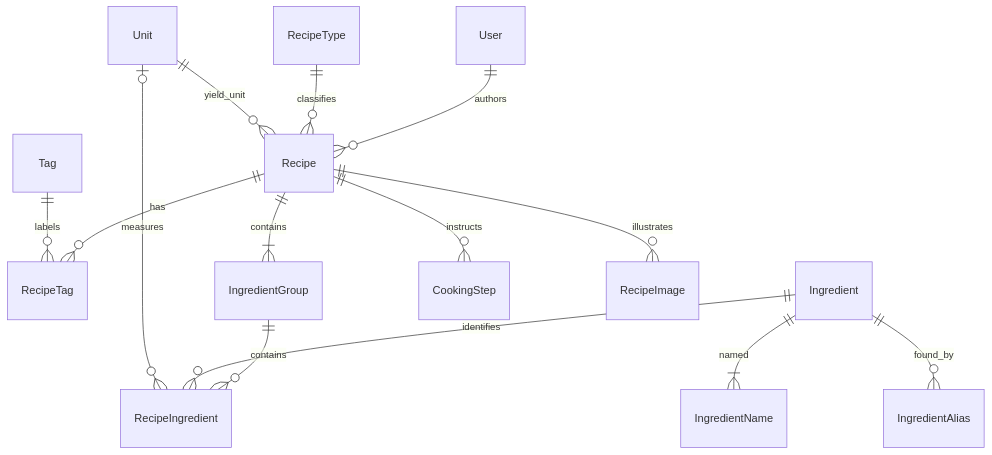
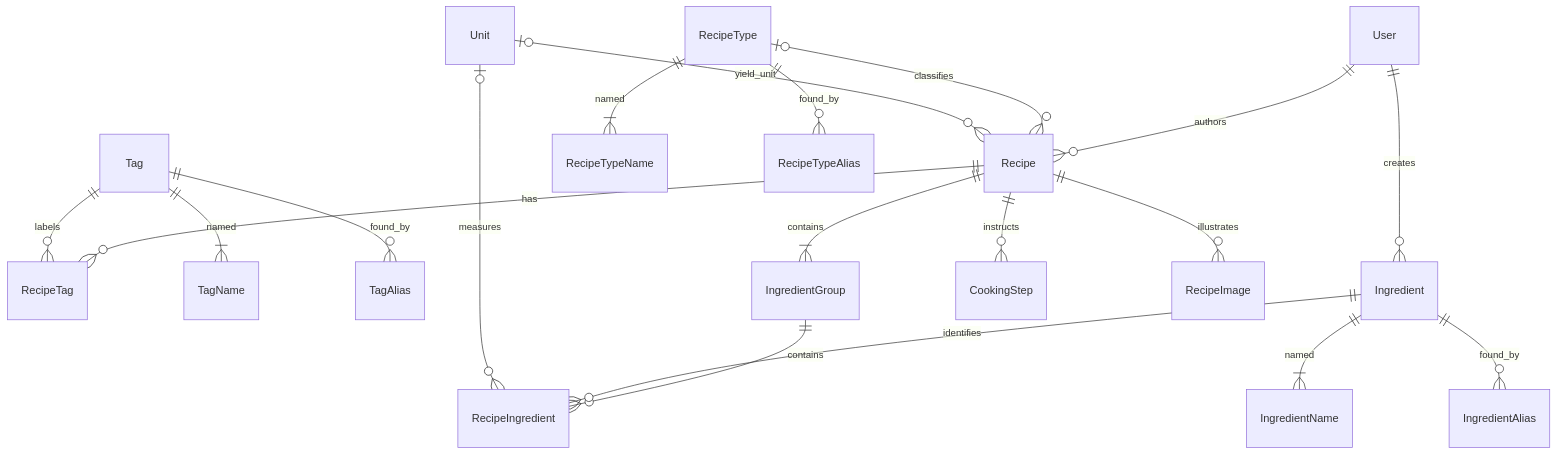
One commit to Sparren/RecipeCommunity changed the diagram in docs/DOMAIN_MODEL.md. Above: the diagram before and after it, drawn with Mermaid. The commit also changed other lines of this file and 52 other files, not shown here.

````diff
--- a/docs/DOMAIN_MODEL.md
+++ b/docs/DOMAIN_MODEL.md
@@ -7,16 +7,21 @@
 ```mermaid
 erDiagram
     User ||--o{ Recipe : authors
-    RecipeType ||--o{ Recipe : classifies
+    RecipeType o|--o{ Recipe : classifies
     Recipe ||--o{ RecipeTag : has
     Tag ||--o{ RecipeTag : labels
+    Tag ||--|{ TagName : named
+    Tag ||--o{ TagAlias : found_by
+    RecipeType ||--|{ RecipeTypeName : named
+    RecipeType ||--o{ RecipeTypeAlias : found_by
     Recipe ||--|{ IngredientGroup : contains
     IngredientGroup ||--o{ RecipeIngredient : contains
     Ingredient ||--o{ RecipeIngredient : identifies
     Ingredient ||--|{ IngredientName : named
     Ingredient ||--o{ IngredientAlias : found_by
     Unit o|--o{ RecipeIngredient : measures
-    Unit ||--o{ Recipe : yield_unit
+    Unit o|--o{ Recipe : yield_unit
+    User ||--o{ Ingredient : creates
     Recipe ||--o{ CookingStep : instructs
     Recipe ||--o{ RecipeImage : illustrates
 ```
````
